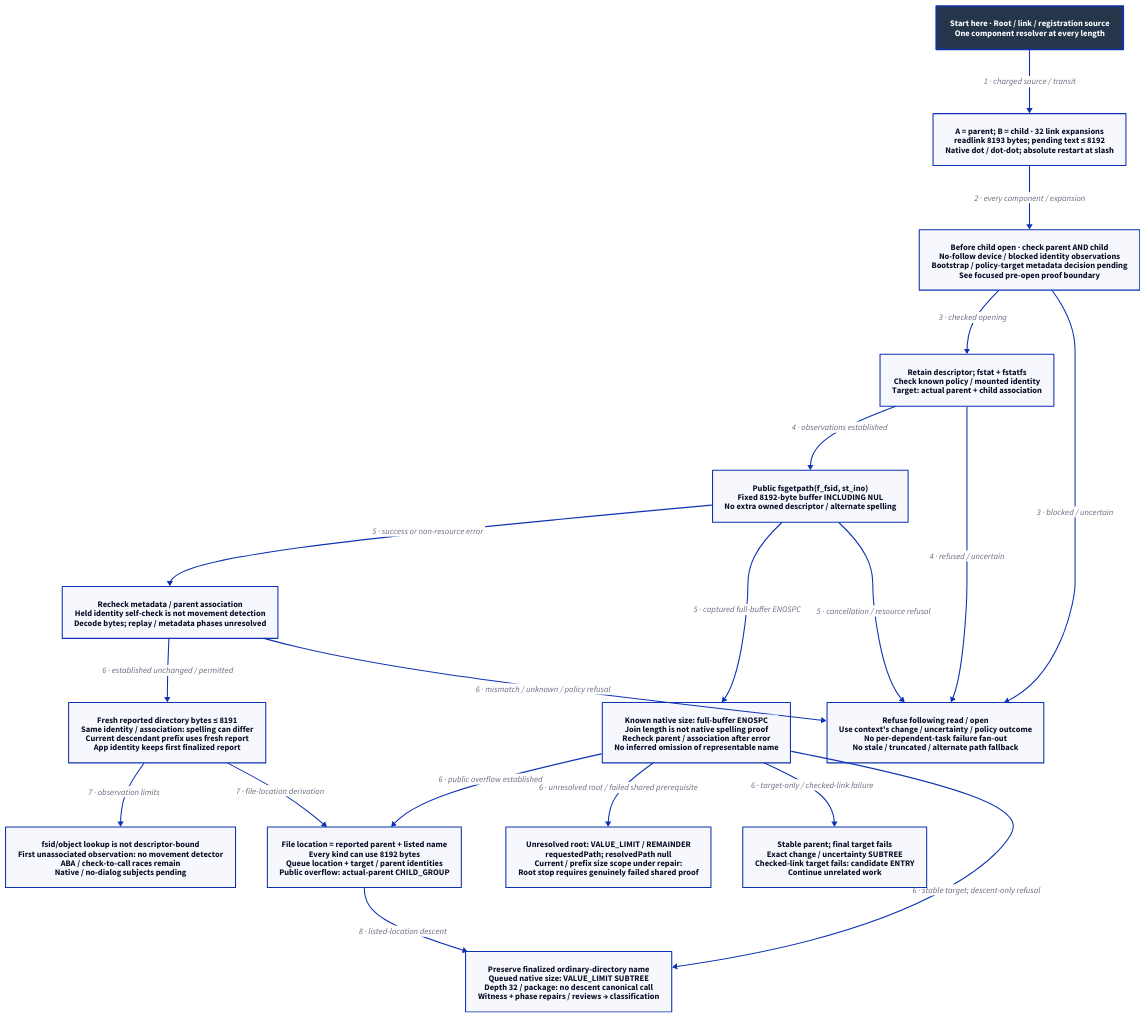
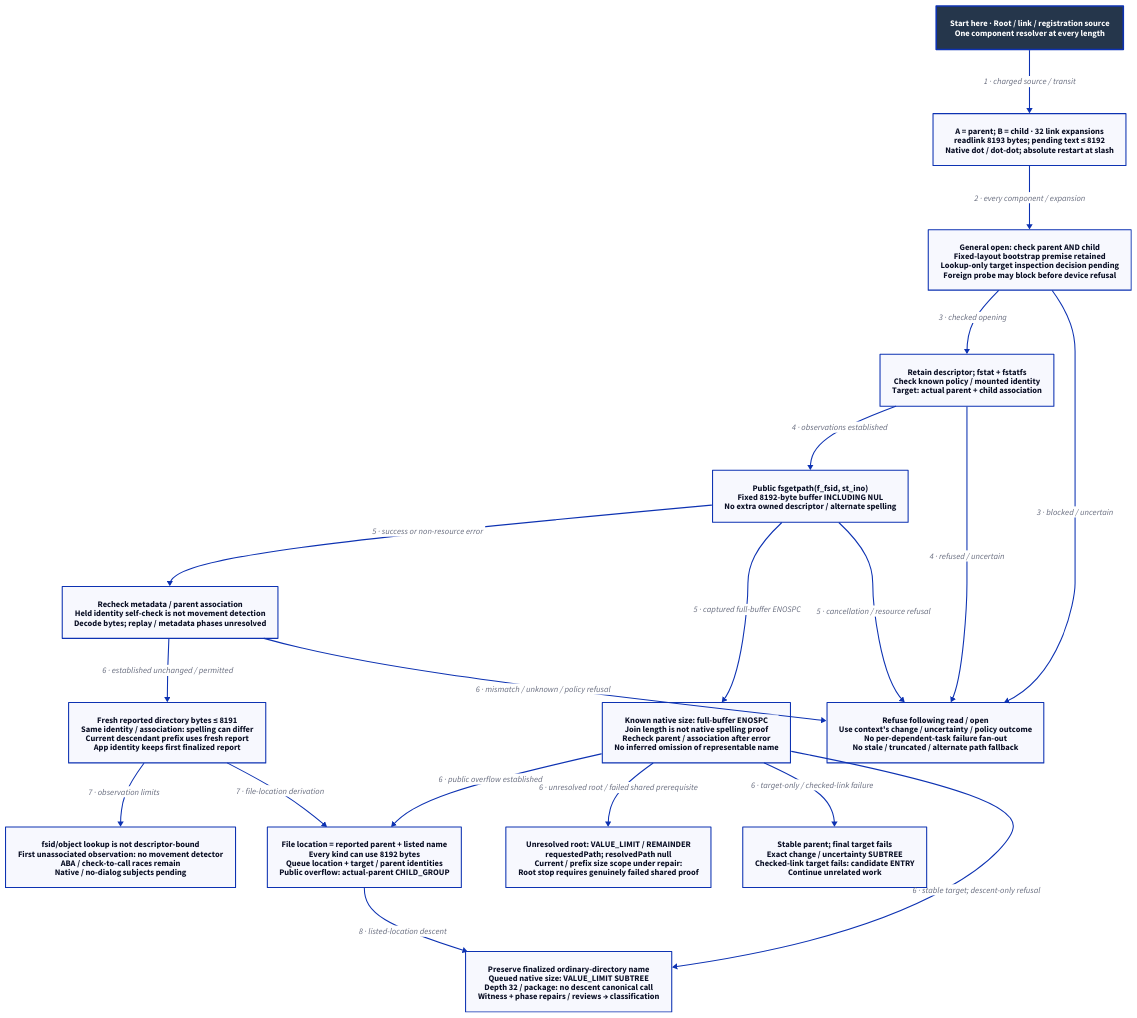
Before and after one commit to Linkuistics/Koine: the diagram in docs/design/architecture/search-canonical.d2, drawn with D2. The commit also changed 30 other files, not shown here.

Commit message:
Reconcile pre-open boundary review and narrow target policy decisions (search-preopen-boundary-k194)

```diff
--- a/docs/design/architecture/search-canonical.d2
+++ b/docs/design/architecture/search-canonical.d2
@@ -1,37 +1,37 @@
-# Resolution constraints; witness metadata decision and replay/size phases pending.
+# Resolution constraints; target inspection decision and replay/size phases pending.
 direction: down
 classes: {
   start: {style: {fill: "#25364B"; font-color: "#FFFFFF"; bold: true; stroke-width: 3}}
 }
 Start: "Start here · Root / link / registration source\nOne component resolver at every length" {class: start}
 Resolve: "A = parent; B = child · 32 link expansions\nreadlink 8193 bytes; pending text ≤ 8192\nNative dot / dot-dot; absolute restart at slash"
-Policy: "Before child open · check parent AND child\nNo-follow device / blocked identity observations\nBootstrap / policy-target metadata decision pending\nSee focused pre-open proof boundary"
+Policy: "General open: check parent AND child\nFixed-layout bootstrap premise retained\nLookup-only target inspection decision pending\nForeign probe may block before device refusal"
 Before: "Retain descriptor; fstat + fstatfs\nCheck known policy / mounted identity\nTarget: actual parent + child association"
 Call: "Public fsgetpath(f_fsid, st_ino)\nFixed 8192-byte buffer INCLUDING NUL\nNo extra owned descriptor / alternate spelling"
 After: "Recheck metadata / parent association\nHeld identity self-check is not movement detection\nDecode bytes; replay / metadata phases unresolved"
 Path: "Fresh reported directory bytes ≤ 8191\nSame identity / association: spelling can differ\nCurrent descendant prefix uses fresh report\nApp identity keeps first finalized report"
 Size: "Known native size: full-buffer ENOSPC\nJoin length is not native spelling proof\nRecheck parent / association after error\nNo inferred omission of representable name"
 Parent: "File location = reported parent + listed name\nEvery kind can use 8192 bytes\nQueue location + target / parent identities\nPublic overflow: actual-parent CHILD_GROUP"
 Root: "Unresolved root: VALUE_LIMIT / REMAINDER\nrequestedPath; resolvedPath null\nCurrent / prefix size scope under repair:\nRoot stop requires genuinely failed shared proof"
 Failure: "Refuse following read / open\nUse context's change / uncertainty / policy outcome\nNo per-dependent-task failure fan-out\nNo stale / truncated / alternate path fallback"
 Exact: "Stable parent; final target fails\nExact change / uncertainty SUBTREE\nChecked-link target fails: candidate ENTRY\nContinue unrelated work"
 Design: "Preserve finalized ordinary-directory name\nQueued native size: VALUE_LIMIT SUBTREE\nDepth 32 / package: no descent canonical call\nWitness + phase repairs / reviews → classification"
 Limit: "fsid/object lookup is not descriptor-bound\nFirst unassociated observation: no movement detector\nABA / check-to-call races remain\nNative / no-dialog subjects pending"
 Start -> Resolve: "1 · charged source / transit"
 Resolve -> Policy: "2 · every component / expansion"
 Policy -> Before: "3 · checked opening"
 Policy -> Failure: "3 · blocked / uncertain"
 Before -> Call: "4 · observations established"
 Before -> Failure: "4 · refused / uncertain"
 Call -> After: "5 · success or non-resource error"
 Call -> Size: "5 · captured full-buffer ENOSPC"
 Call -> Failure: "5 · cancellation / resource refusal"
 After -> Path: "6 · established unchanged / permitted"
 After -> Failure: "6 · mismatch / unknown / policy refusal"
 Size -> Parent: "6 · public overflow established"
 Size -> Root: "6 · unresolved root / failed shared prerequisite"
 Size -> Exact: "6 · target-only / checked-link failure"
 Size -> Design: "6 · stable target; descent-only refusal"
 Path -> Limit: "7 · observation limits"
 Path -> Parent: "7 · file-location derivation"
 Parent -> Design: "8 · listed-location descent"
```
